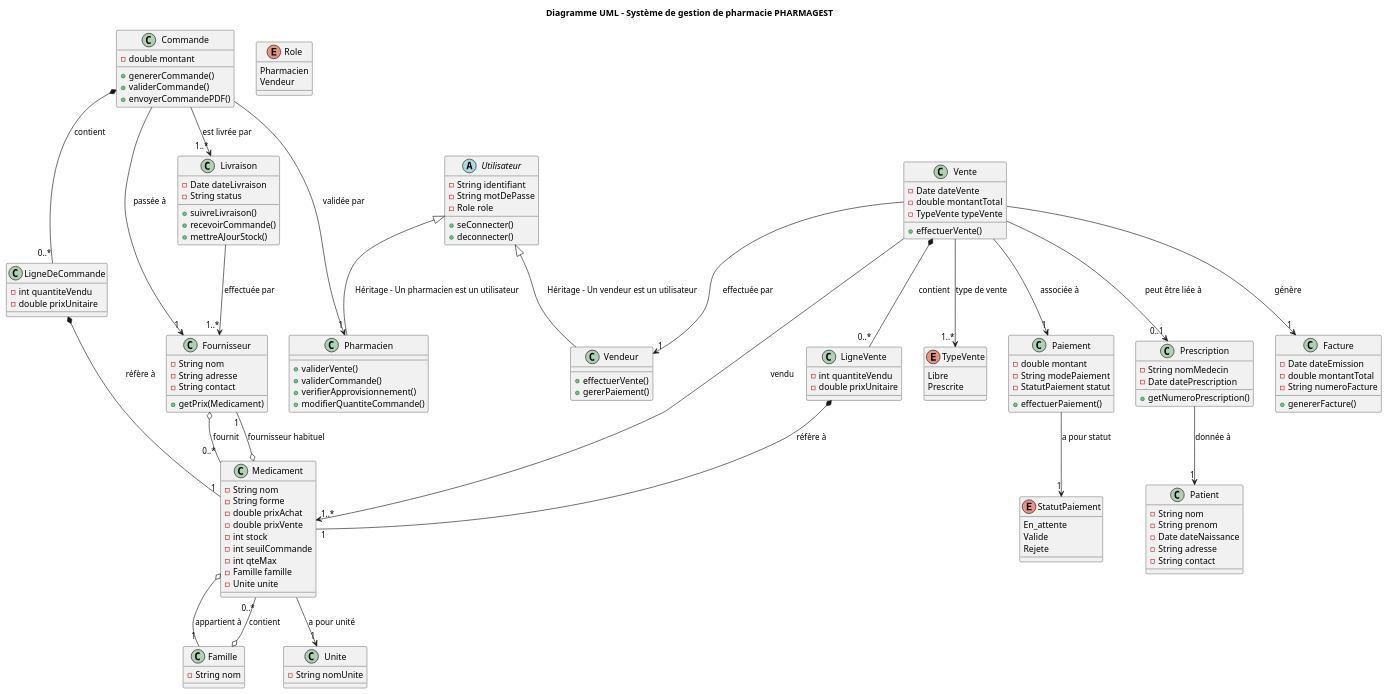
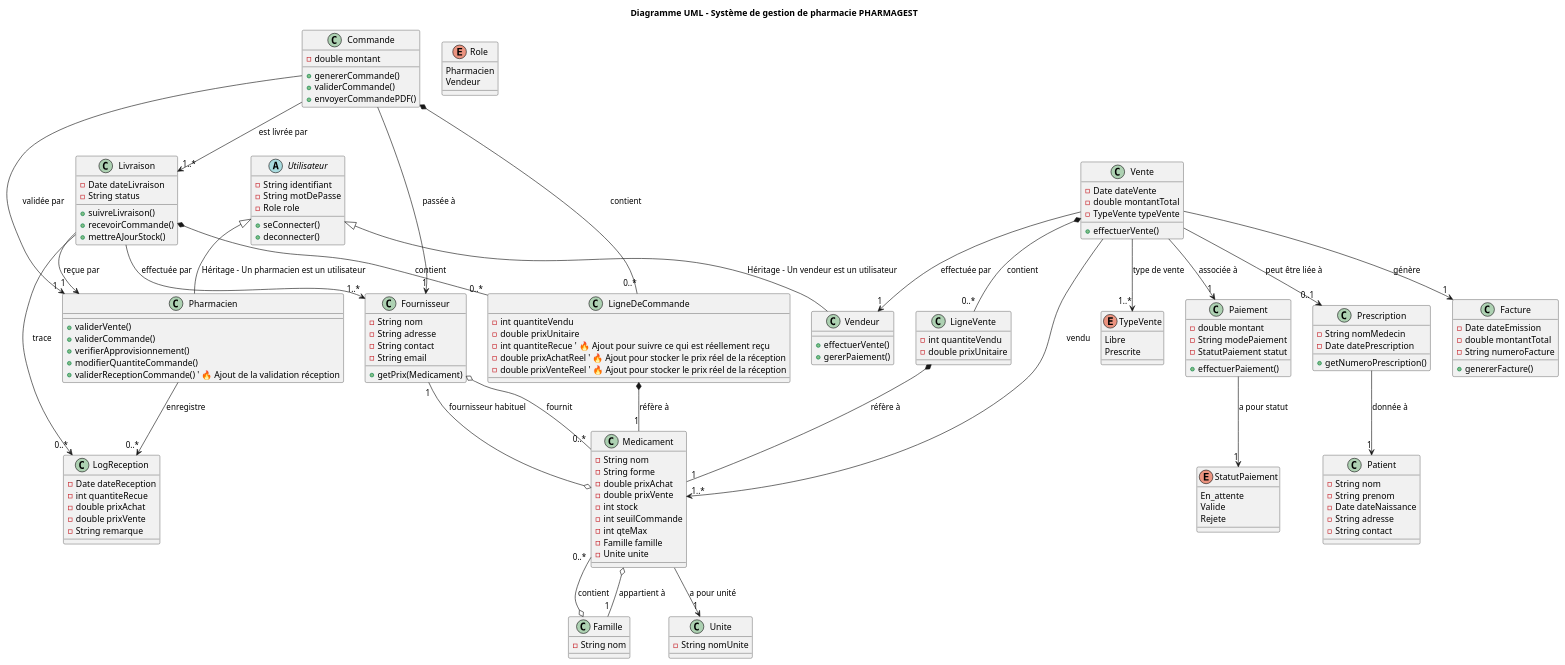
Before and after one commit to Moustansir-H/Pharmagest-RP2: the diagram in Pharma_gest/Pharma_gest/README.md, drawn with PlantUML. The commit also changed other lines of this file and 34 other files, not shown here.

````diff
--- a/Pharma_gest/Pharma_gest/README.md
+++ b/Pharma_gest/Pharma_gest/README.md
@@ -9,130 +1,166 @@
-```plantuml
 @startuml
 title Diagramme UML - Système de gestion de pharmacie PHARMAGEST
 
 abstract class Utilisateur {
-    - String identifiant
-    - String motDePasse
-    - Role role
-    + seConnecter()
-    + deconnecter()
-}
+
+- String identifiant
+- String motDePasse
+- Role role
+
++ seConnecter()
++ deconnecter()
+  }
 
 class Pharmacien {
-    + validerVente()
-    + validerCommande()
-    + verifierApprovisionnement()
-    + modifierQuantiteCommande()
-}
+
++ validerVente()
++ validerCommande()
++ verifierApprovisionnement()
++ modifierQuantiteCommande()
++ validerReceptionCommande()  ' 🔥 Ajout de la validation réception
+  }
 
 class Vendeur {
-    + effectuerVente()
-    + gererPaiement()
-}
+
++ effectuerVente()
++ gererPaiement()
+  }
 
 class Medicament {
-    - String nom
-    - String forme
-    - double prixAchat
-    - double prixVente
-    - int stock
-    - int seuilCommande
-    - int qteMax
-    - Famille famille
-    - Unite unite
-}
+
+- String nom
+- String forme
+- double prixAchat
+- double prixVente
+- int stock
+- int seuilCommande
+- int qteMax
+- Famille famille
+- Unite unite
+  }
 
 class Famille {
-    - String nom
-}
+
+- String nom
+  }
 
 class Fournisseur {
-    - String nom
-    - String adresse
-    - String contact
-    + getPrix(Medicament)
-}
+
+- String nom
+- String adresse
+- String contact
+- String email
+
++ getPrix(Medicament)
+  }
 
 class Commande {
-    - double montant
-    + genererCommande()
-    + validerCommande()
-    + envoyerCommandePDF()
-}
+
+- double montant
+
++ genererCommande()
++ validerCommande()
++ envoyerCommandePDF()
+  }
 
 class LigneDeCommande {
-    - int quantiteVendu
-    - double prixUnitaire
-}
+
+- int quantiteVendu
+- double prixUnitaire
+- int quantiteRecue   ' 🔥 Ajout pour suivre ce qui est réellement reçu
+- double prixAchatReel ' 🔥 Ajout pour stocker le prix réel de la réception
+- double prixVenteReel ' 🔥 Ajout pour stocker le prix réel de la réception
+  }
 
 class Vente {
-    - Date dateVente
-    - double montantTotal
-    - TypeVente typeVente
-    + effectuerVente()
-}
+
+- Date dateVente
+- double montantTotal
+- TypeVente typeVente
+
++ effectuerVente()
+  }
 
 class LigneVente {
-    - int quantiteVendu
-    - double prixUnitaire
-}
+
+- int quantiteVendu
+- double prixUnitaire
+  }
 
 class Facture {
-    - Date dateEmission
-    - double montantTotal
-    - String numeroFacture
-    + genererFacture()
-}
+
+- Date dateEmission
+- double montantTotal
+- String numeroFacture
+
++ genererFacture()
+  }
 
 class Paiement {
-    - double montant
-    - String modePaiement
-    - StatutPaiement statut
-    + effectuerPaiement()
-}
+
+- double montant
+- String modePaiement
+- StatutPaiement statut
+
++ effectuerPaiement()
+  }
 
 class Prescription {
-    - String nomMedecin
-    - Date datePrescription
-    + getNumeroPrescription()
-}
+
+- String nomMedecin
+- Date datePrescription
+
++ getNumeroPrescription()
+  }
 
 class Patient {
-    - String nom
-    - String prenom
-    - Date dateNaissance
-    - String adresse
-    - String contact
-}
+
+- String nom
+- String prenom
+- Date dateNaissance
+- String adresse
+- String contact
+  }
 
 class Livraison {
-    - Date dateLivraison
-    - String status
-    + suivreLivraison()
-    + recevoirCommande()
-    + mettreAJourStock()
-}
+
+- Date dateLivraison
+- String status
+
++ suivreLivraison()
++ recevoirCommande()
++ mettreAJourStock()
+  }
+
+class LogReception {
+
+- Date dateReception
+- int quantiteRecue
+- double prixAchat
+- double prixVente
+- String remarque
+  }
 
 enum TypeVente {
-    Libre
-    Prescrite
+Libre
+Prescrite
 }
 
 enum StatutPaiement {
-    En_attente
-    Valide
-    Rejete
+En_attente
+Valide
+Rejete
 }
 
 enum Role {
-    Pharmacien
-    Vendeur
+Pharmacien
+Vendeur
 }
 
+class Unite {
 
-class Unite {
-    - String nomUnite
-}
+- String nomUnite
+  }
 
 ' --- Relations avec cardinalités et symboles ---
 
@@ -168,6 +196,9 @@
 Vente --> "1..*" TypeVente : "type de vente"
 Medicament --> "1" Unite : "a pour unité"
 
+' 🔥 NOUVELLES RELATIONS
+Livraison --> "1" Pharmacien : "reçue par"
+Livraison *-- "0..*" LigneDeCommande : "contient"
+Livraison --> "0..*" LogReception : "trace"
+Pharmacien --> "0..*" LogReception : "enregistre"
 @enduml
-
-```
````
